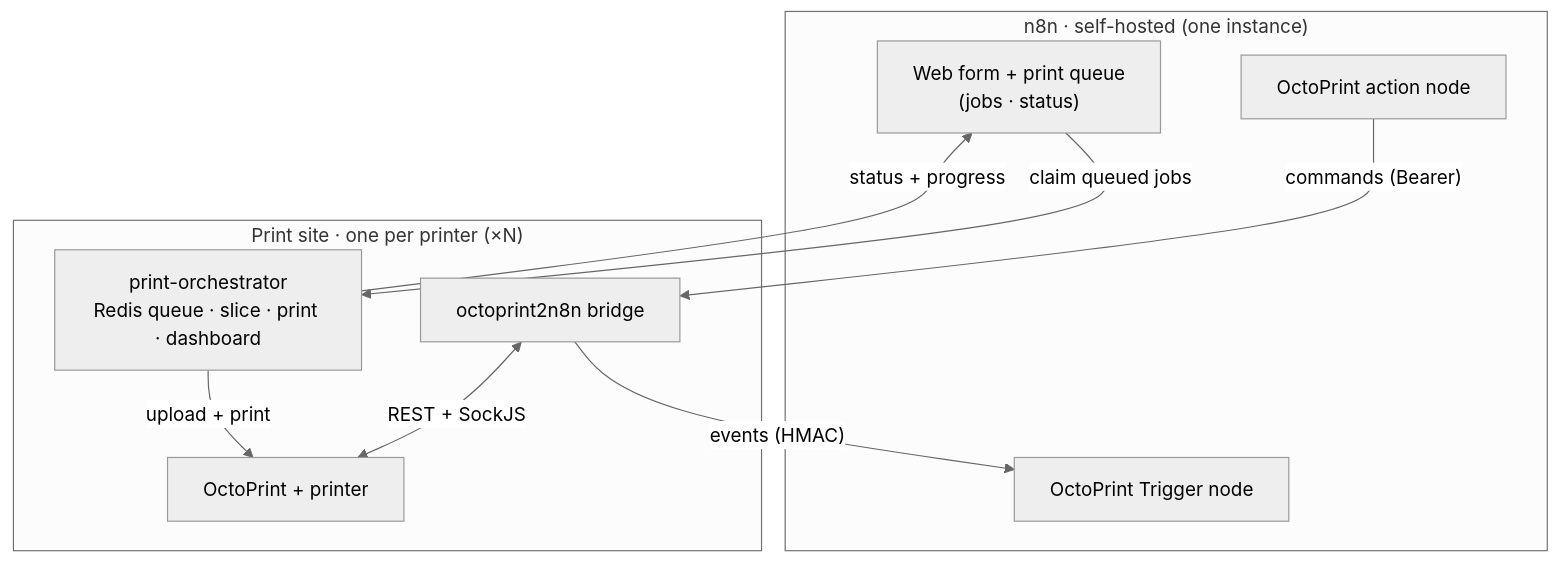
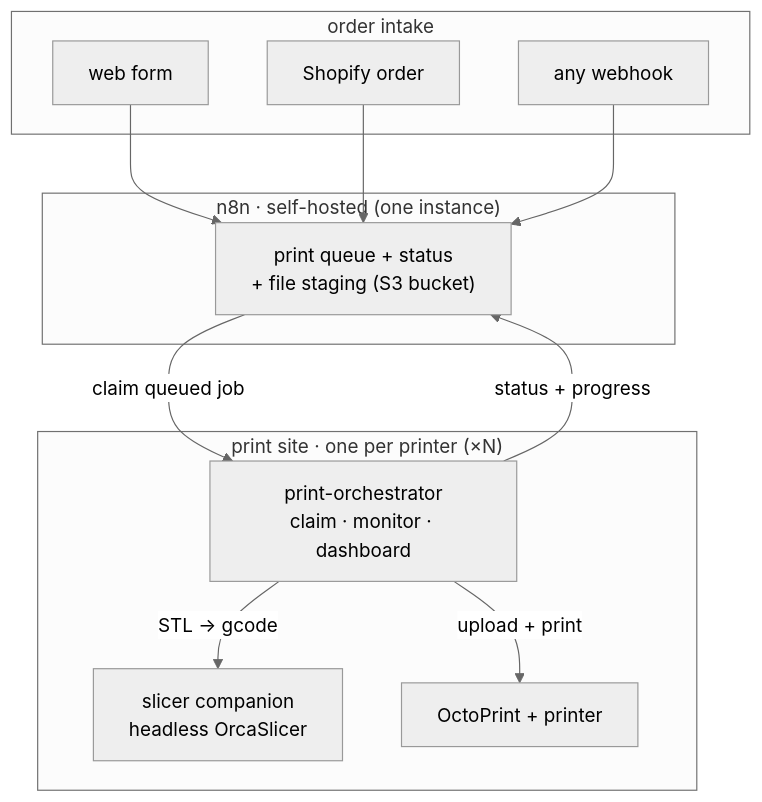
Before and after one commit to amosroger91/n8n-2-octoPrint: the diagram in README.md, drawn with Mermaid (neutral theme). The commit also changed other lines of this file and 1 other file, not shown here.

First line of the commit message:
README: position as a turnkey print-shop solution + add slicer companion

````diff
--- a/README.md
+++ b/README.md
@@ -33,21 +50,23 @@
 ```mermaid
 flowchart TB
+    subgraph IN["order intake"]
+        FORM["web form"]
+        SHOP["Shopify order"]
+        HOOK["any webhook"]
+    end
     subgraph N8N["n8n · self-hosted (one instance)"]
-        FORM["Web form + print queue<br/>(jobs · status)"]
-        TRIG["OctoPrint Trigger node"]
-        ACT["OctoPrint action node"]
+        Q["print queue + status<br/>+ file staging (S3 bucket)"]
     end
-
-    subgraph SITE["Print site · one per printer (×N)"]
-        ORCH["print-orchestrator<br/>Redis queue · slice · print · dashboard"]
-        BR["octoprint2n8n bridge"]
+    subgraph SITE["print site · one per printer (×N)"]
+        ORCH["print-orchestrator<br/>claim · monitor · dashboard"]
+        SLICE["slicer companion<br/>headless OrcaSlicer"]
         OCTO["OctoPrint + printer"]
     end
-
-    FORM -- "claim queued jobs" --> ORCH
-    ORCH -- "status + progress" --> FORM
+    FORM --> Q
+    SHOP --> Q
+    HOOK --> Q
+    Q -- "claim queued job" --> ORCH
+    ORCH -- "status + progress" --> Q
+    ORCH -- "STL → gcode" --> SLICE
     ORCH -- "upload + print" --> OCTO
-    BR -- "events (HMAC)" --> TRIG
-    ACT -- "commands (Bearer)" --> BR
-    BR <-- "REST + SockJS" --> OCTO
 ```
````
